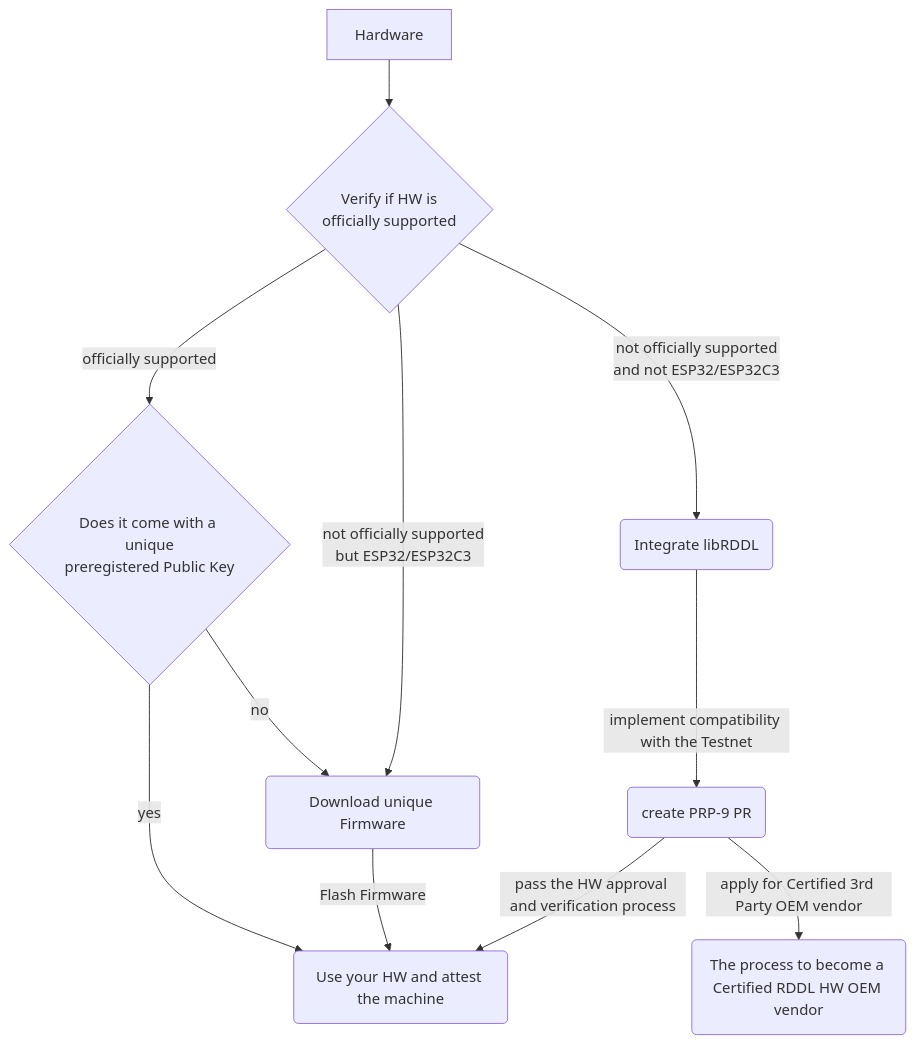
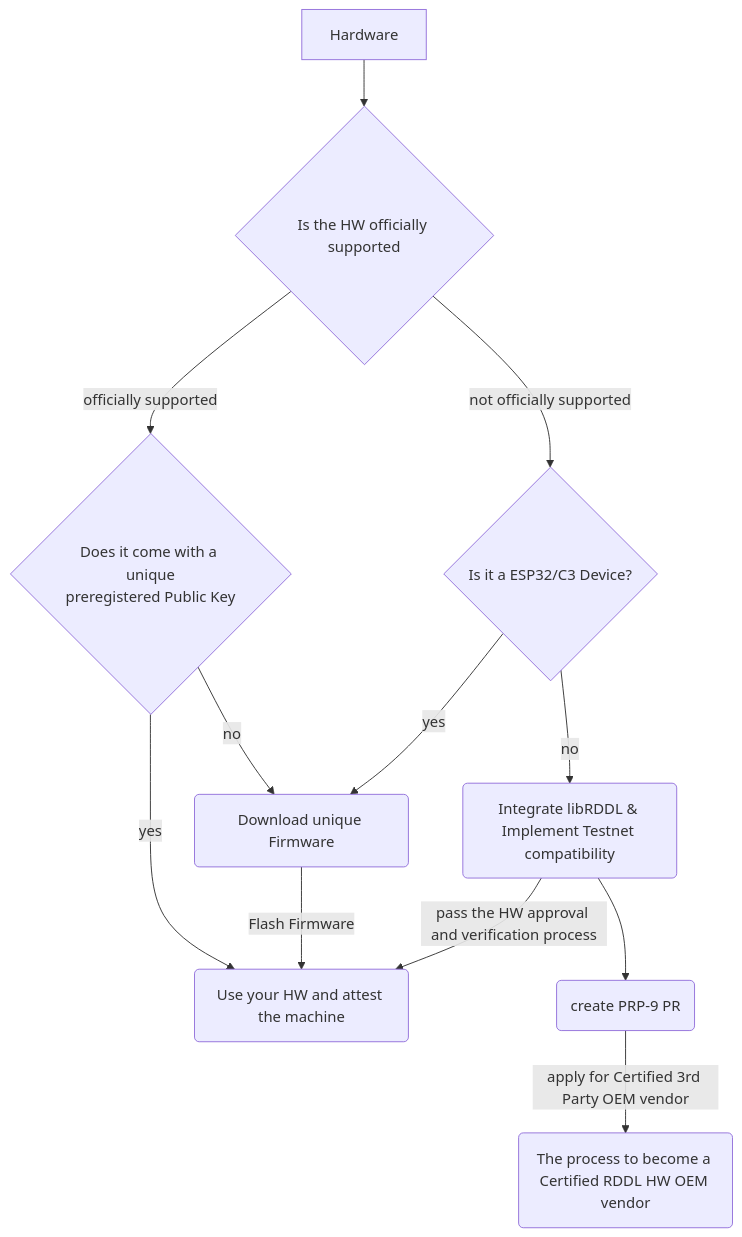
The diagram in supported-hardware/onboarding-machines-to-the-rddl-network/how-to-register-your-machine-id.md (rddl-network/docs), drawn with Mermaid before and after one commit.

Commit message:
GITBOOK-52: change request with no subject merged in GitBook

````diff
--- a/supported-hardware/onboarding-machines-to-the-rddl-network/how-to-register-your-machine-id.md
+++ b/supported-hardware/onboarding-machines-to-the-rddl-network/how-to-register-your-machine-id.md
@@ -11,15 +11,16 @@
 ```mermaid fullWidth="true"
 flowchart TD
     A[Hardware]-->B
-    B{Verify if HW is\nofficially supported} --> |officially supported| C
+    B{Is the HW officially supported} --> |officially supported| C
     C{Does it come with a unique\npreregistered Public Key}-->|yes| D
     D(Use your HW and attest the machine)
     C-->|no| E
     E(Download unique Firmware)-->|Flash Firmware| D
-    B-->|not officially supported\nbut ESP32/ESP32C3| E
-    B-->|not officially supported\nand not ESP32/ESP32C3| F
-    F(Integrate libRDDL)-->|implement compatibility with the Testnet| G
-    G(create PRP-9 PR)-->|pass the HW approval and verification process| D
-    G-->|apply for Certified 3rd Party OEM vendor| I
+    B-->|not officially supported| J
+    F(Integrate libRDDL & Implement Testnet compatibility)--> |pass the HW approval and verification process| D
+		F--> G
+    G(create PRP-9 PR)--> |apply for Certified 3rd Party OEM vendor| I
     I(The process to become a Certified RDDL HW OEM vendor)
+		J{Is it a ESP32/C3 Device?}-->|yes| E
+		J{Is it a ESP32/C3 Device?}-->|no| F
 ```
````
